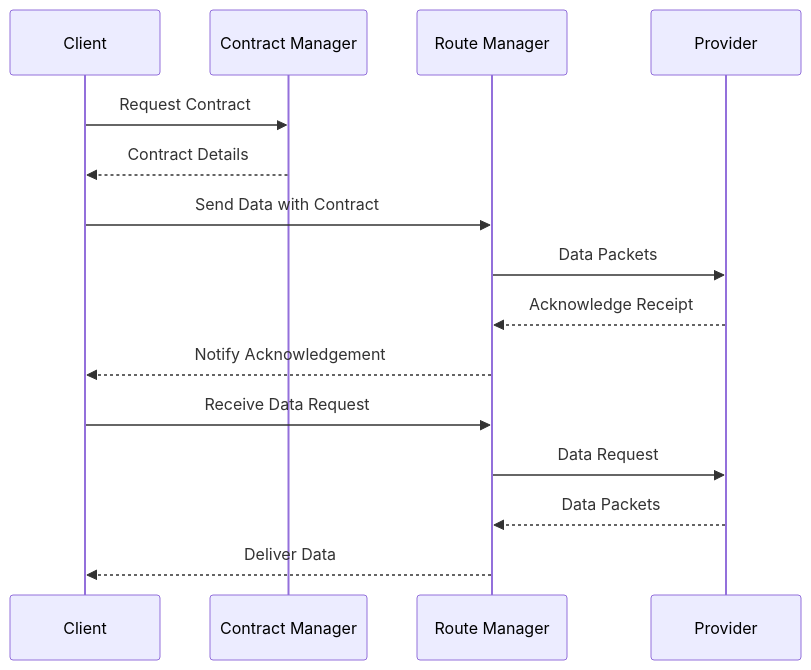
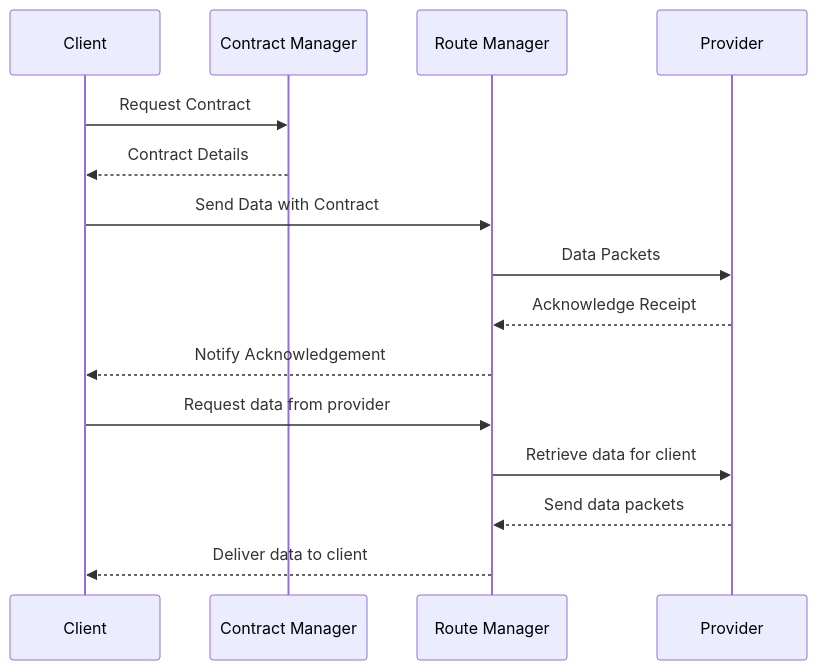
The diagram in README.md (bringyour/connect), drawn with Mermaid before and after one commit.

````diff
--- a/README.md
+++ b/README.md
@@ -116,19 +116,19 @@
 ```mermaid
 sequenceDiagram
     participant C as Client
     participant CM as Contract Manager
     participant RM as Route Manager
     participant P as Provider
 
     C->>CM: Request Contract
     CM-->>C: Contract Details
     C->>RM: Send Data with Contract
     RM->>P: Data Packets
     P-->>RM: Acknowledge Receipt
     RM-->>C: Notify Acknowledgement
 
-    C->>RM: Receive Data Request
-    RM->>P: Data Request
-    P-->>RM: Data Packets
-    RM-->>C: Deliver Data
+    C->>RM: Request data from provider
+    RM->>P: Retrieve data for client
+    P-->>RM: Send data packets
+    RM-->>C: Deliver data to client
 ```
````
